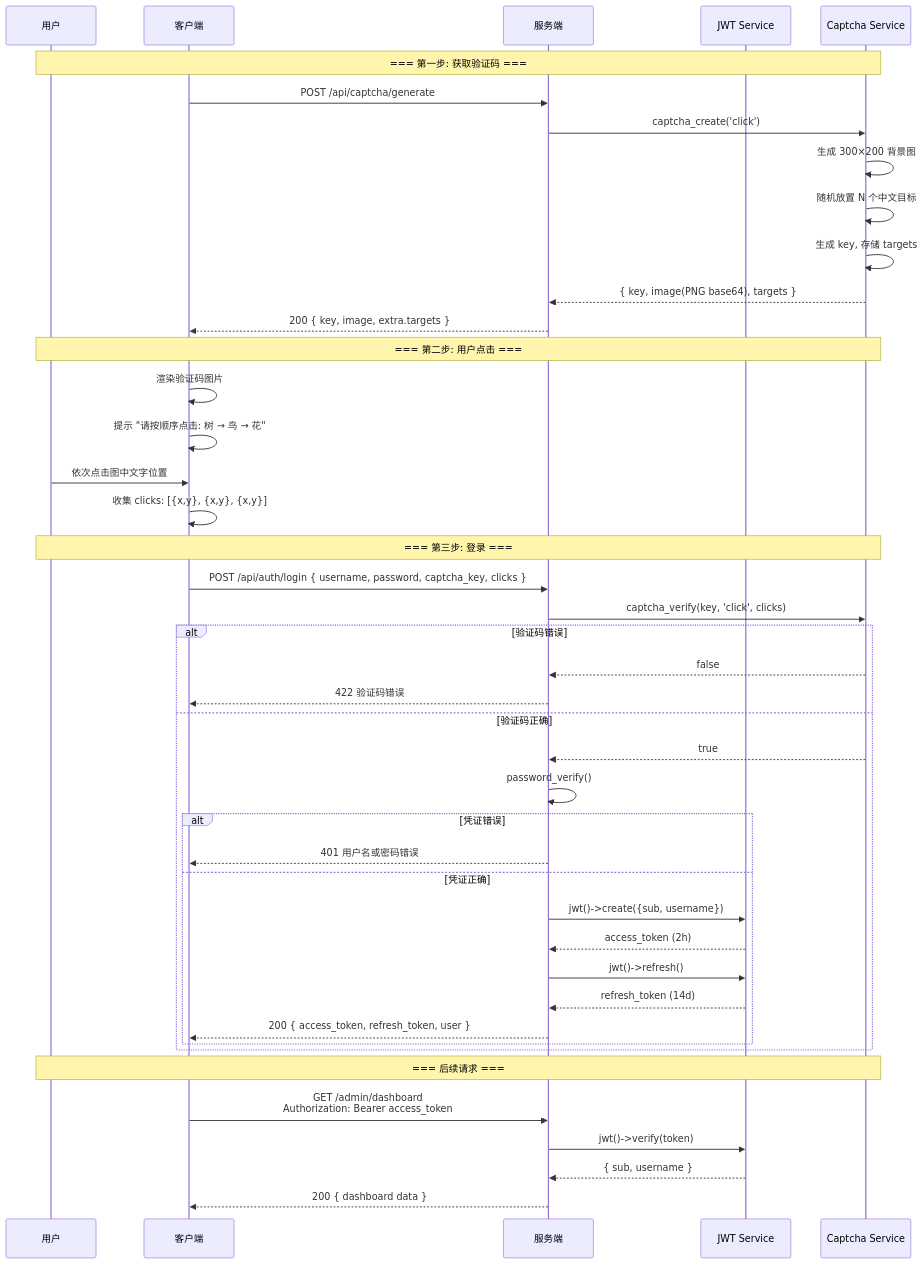
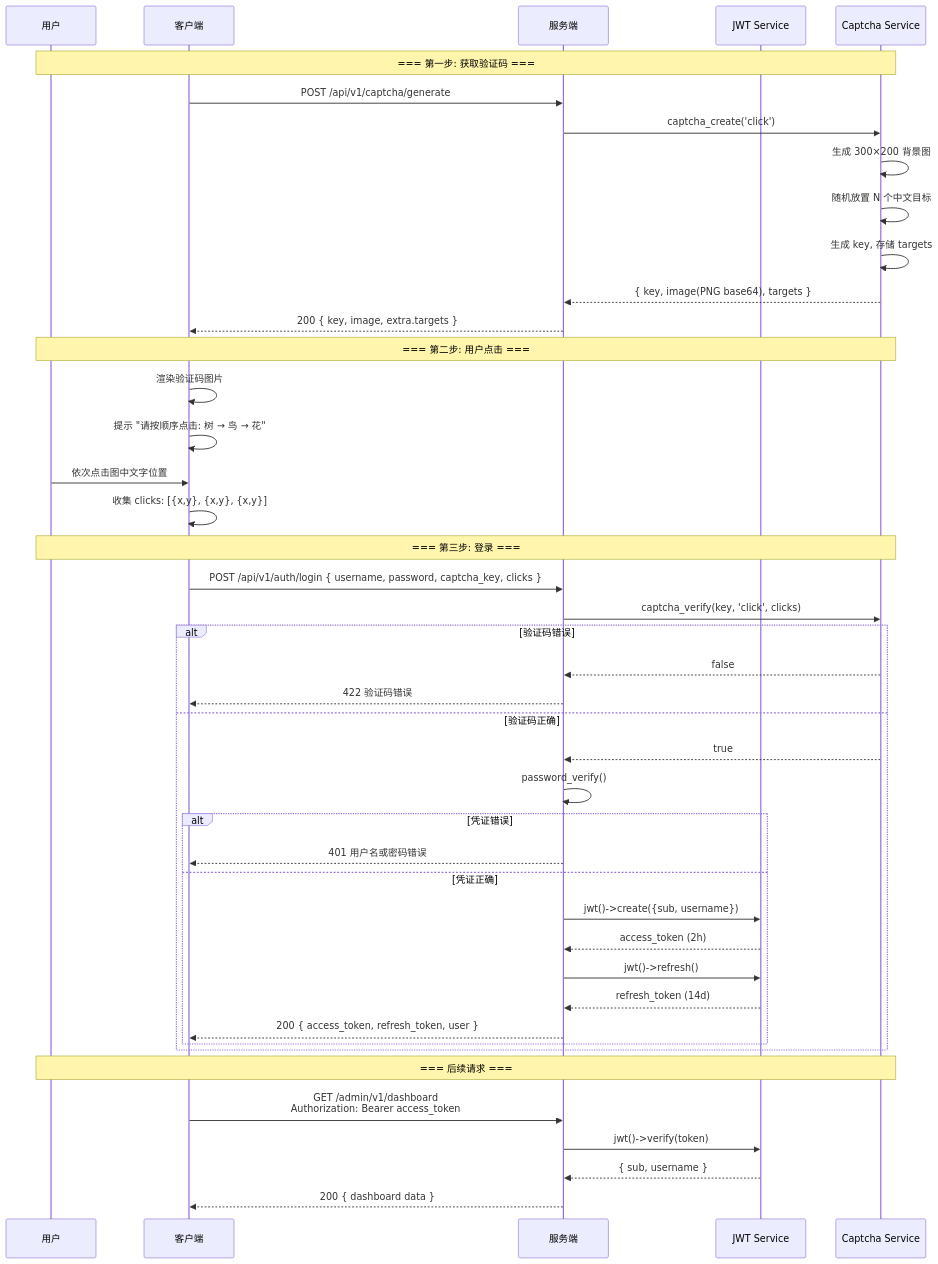
The fourth of 20 diagrams in docs/ARCHITECTURE.md (erikwang2013/erp-php), drawn with Mermaid before and after one commit. The commit also changed other lines of this file and 325 other files, not shown here.

````diff
--- a/docs/ARCHITECTURE.md
+++ b/docs/ARCHITECTURE.md
@@ -264,49 +262,49 @@
 ```mermaid
 sequenceDiagram
     participant U as 用户
     participant CL as 客户端
     participant SV as 服务端
     participant JWT as JWT Service
     participant CAP as Captcha Service
 
     Note over U,CAP: === 第一步: 获取验证码 ===
-    CL->>SV: POST /api/captcha/generate
+    CL->>SV: POST /api/v1/captcha/generate
     SV->>CAP: captcha_create('click')
     CAP->>CAP: 生成 300×200 背景图
     CAP->>CAP: 随机放置 N 个中文目标
     CAP->>CAP: 生成 key, 存储 targets
     CAP-->>SV: { key, image(PNG base64), targets }
     SV-->>CL: 200 { key, image, extra.targets }
 
     Note over U,CAP: === 第二步: 用户点击 ===
     CL->>CL: 渲染验证码图片
     CL->>CL: 提示 "请按顺序点击: 树 → 鸟 → 花"
     U->>CL: 依次点击图中文字位置
     CL->>CL: 收集 clicks: [{x,y}, {x,y}, {x,y}]
 
     Note over U,CAP: === 第三步: 登录 ===
-    CL->>SV: POST /api/auth/login { username, password, captcha_key, clicks }
+    CL->>SV: POST /api/v1/auth/login { username, password, captcha_key, clicks }
     SV->>CAP: captcha_verify(key, 'click', clicks)
     alt 验证码错误
         CAP-->>SV: false
         SV-->>CL: 422 验证码错误
     else 验证码正确
         CAP-->>SV: true
         SV->>SV: password_verify()
         alt 凭证错误
             SV-->>CL: 401 用户名或密码错误
         else 凭证正确
             SV->>JWT: jwt()->create({sub, username})
             JWT-->>SV: access_token (2h)
             SV->>JWT: jwt()->refresh()
             JWT-->>SV: refresh_token (14d)
             SV-->>CL: 200 { access_token, refresh_token, user }
         end
     end
 
     Note over U,CAP: === 后续请求 ===
-    CL->>SV: GET /admin/dashboard<br/>Authorization: Bearer access_token
+    CL->>SV: GET /admin/v1/dashboard<br/>Authorization: Bearer access_token
     SV->>JWT: jwt()->verify(token)
     JWT-->>SV: { sub, username }
     SV-->>CL: 200 { dashboard data }
 ```
````
